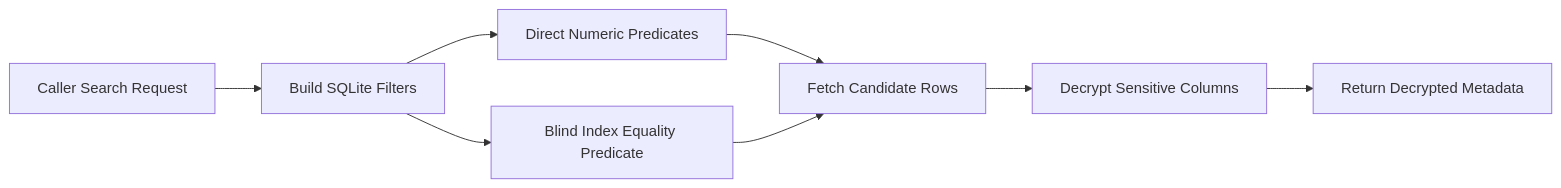
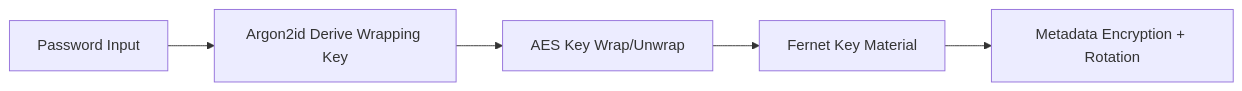
One commit to hkevin01/securemeet changed the second of 5 diagrams in README.md. Above: the diagram before and after it, drawn with Mermaid. The commit also changed other lines of this file, not shown here.

````diff
--- a/README.md
+++ b/README.md
@@ -83,10 +178,7 @@
 ```mermaid
 flowchart LR
-    A[Caller Search Request] --> B[Build SQLite Filters]
-    B --> C[Direct Numeric Predicates]
-    B --> D[Blind Index Equality Predicate]
-    C --> E[Fetch Candidate Rows]
-    D --> E
-    E --> F[Decrypt Sensitive Columns]
-    F --> G[Return Decrypted Metadata]
+    A[Password Input] --> B[Argon2id Derive Wrapping Key]
+    B --> C[AES Key Wrap/Unwrap]
+    C --> D[Fernet Key Material]
+    D --> E[Metadata Encryption + Rotation]
 ```
````
